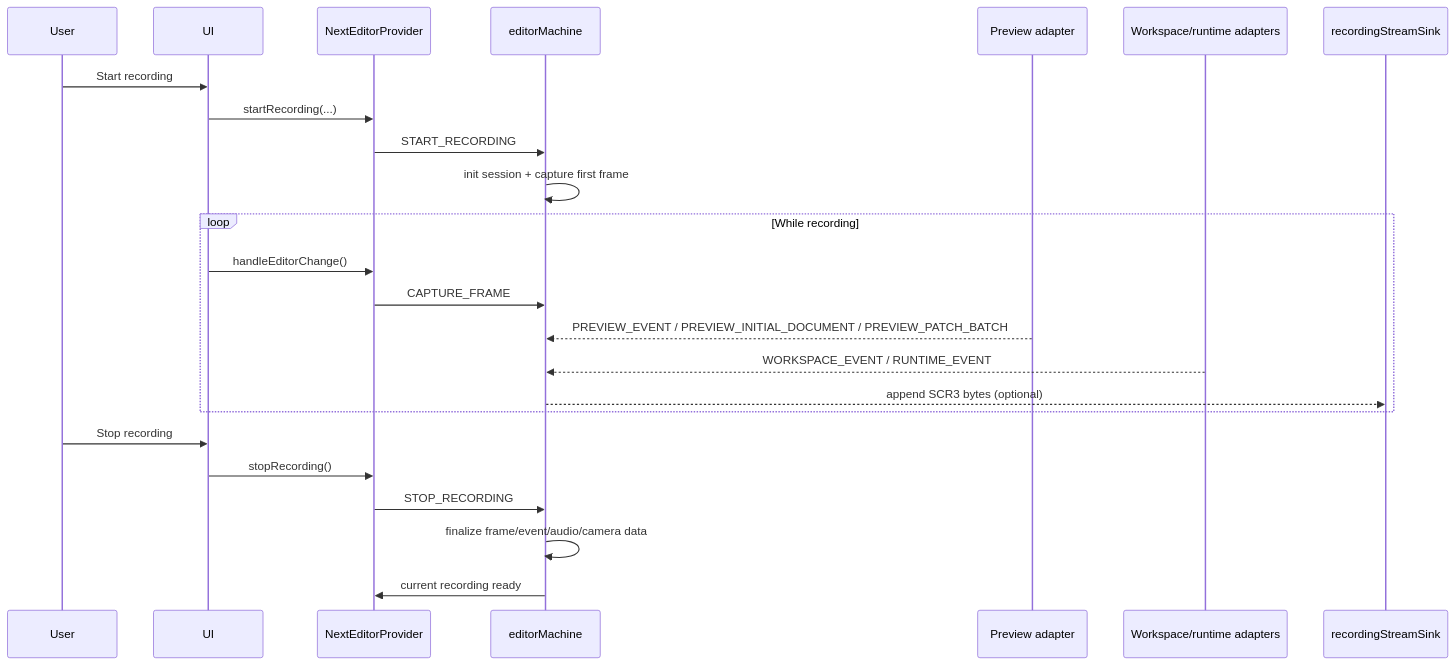
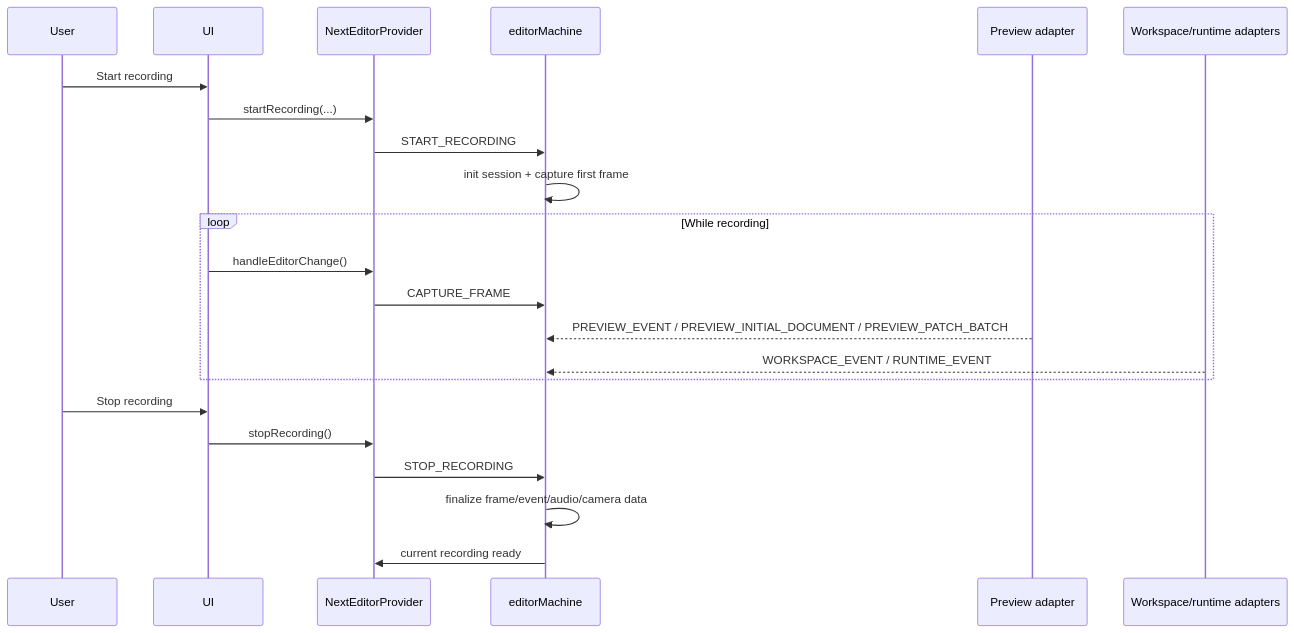
One commit to channyeintun/next-editor changed the second of 6 diagrams in docs/data-flow.md. Above: the diagram before and after it, drawn with Mermaid. The commit also changed other lines of this file and 25 other files, not shown here.

````diff
--- a/docs/data-flow.md
+++ b/docs/data-flow.md
@@ -54,29 +52,27 @@
 ```mermaid
 sequenceDiagram
     participant User
     participant UI
     participant Provider as NextEditorProvider
     participant Machine as editorMachine
     participant Preview as Preview adapter
     participant Runtime as Workspace/runtime adapters
-    participant Sink as recordingStreamSink
 
     User->>UI: Start recording
     UI->>Provider: startRecording(...)
     Provider->>Machine: START_RECORDING
     Machine->>Machine: init session + capture first frame
 
     loop While recording
         UI->>Provider: handleEditorChange()
         Provider->>Machine: CAPTURE_FRAME
         Preview-->>Machine: PREVIEW_EVENT / PREVIEW_INITIAL_DOCUMENT / PREVIEW_PATCH_BATCH
         Runtime-->>Machine: WORKSPACE_EVENT / RUNTIME_EVENT
-        Machine-->>Sink: append SCR3 bytes (optional)
     end
 
     User->>UI: Stop recording
     UI->>Provider: stopRecording()
     Provider->>Machine: STOP_RECORDING
     Machine->>Machine: finalize frame/event/audio/camera data
     Machine->>Provider: current recording ready
 ```
````
